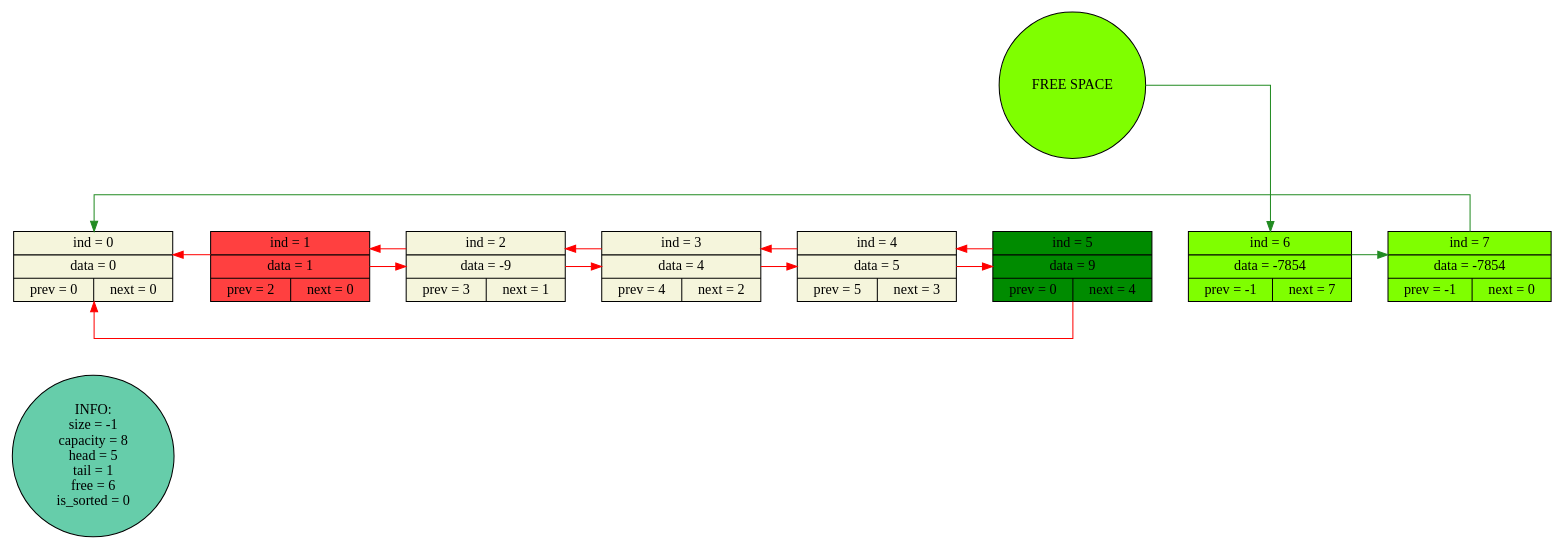
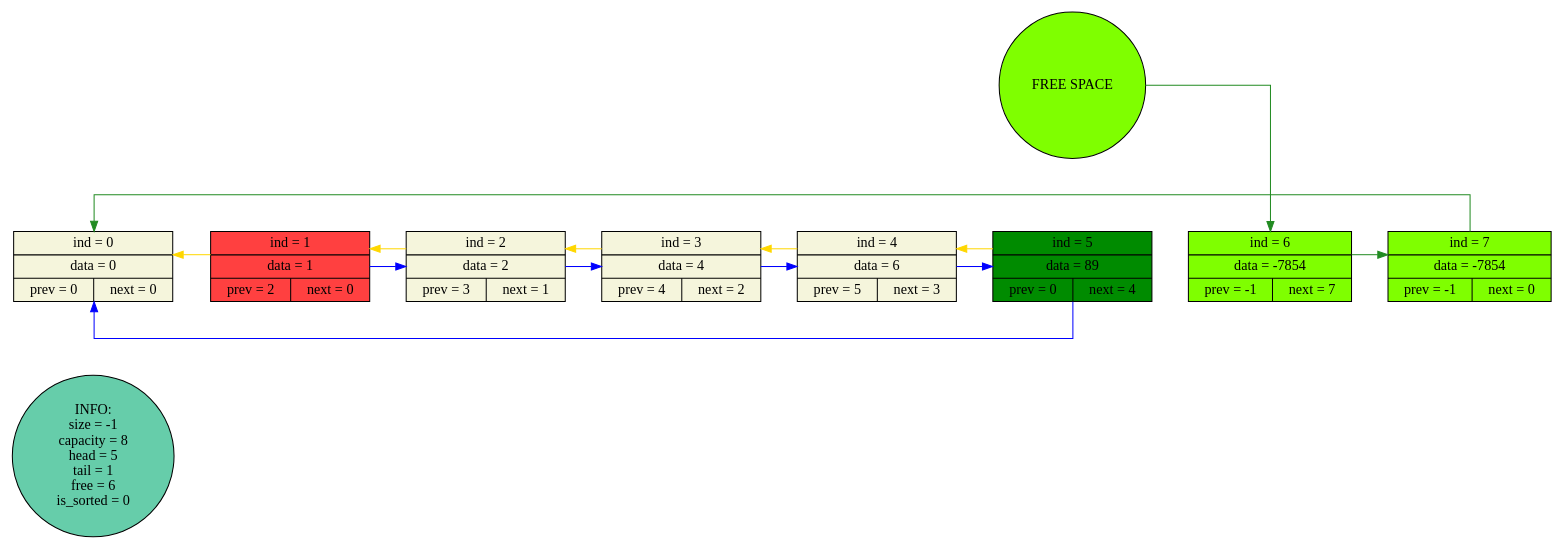
The diagram in dump_doubly_link_list_visual.dot (meteor-a/doublylinked_list), drawn with Graphviz before and after one commit. The commit also changed 16 other files, not shown here.

```diff
--- a/dump_doubly_link_list_visual.dot
+++ b/dump_doubly_link_list_visual.dot
@@ -1,34 +1,34 @@
 digraph G{
    rankdir=LR;
    splines=ortho;
    nodesep=1;
    info_node[shape="circle", style="filled", fillcolor="aquamarine3", label="INFO:\nsize = -1\ncapacity = 8\nhead = 5\ntail = 1\nfree = 6\nis_sorted = 0"];
    free_node[shape="circle", style="filled", fillcolor="chartreuse1", label="FREE SPACE"];
    node_0[shape="record", style="filled", fillcolor="beige", label=" ind = 0 | data = 0 | { prev = 0 | next = 0}"];
    node_1[shape="record", style="filled", fillcolor="brown1", label=" ind = 1 | data = 1 | { prev = 2 | next = 0}"];
-   node_2[shape="record", style="filled", fillcolor="beige", label=" ind = 2 | data = -9 | { prev = 3 | next = 1}"];
+   node_2[shape="record", style="filled", fillcolor="beige", label=" ind = 2 | data = 2 | { prev = 3 | next = 1}"];
    node_3[shape="record", style="filled", fillcolor="beige", label=" ind = 3 | data = 4 | { prev = 4 | next = 2}"];
-   node_4[shape="record", style="filled", fillcolor="beige", label=" ind = 4 | data = 5 | { prev = 5 | next = 3}"];
-   node_5[shape="record", style="filled", fillcolor="green4", label=" ind = 5 | data = 9 | { prev = 0 | next = 4}"];
+   node_4[shape="record", style="filled", fillcolor="beige", label=" ind = 4 | data = 6 | { prev = 5 | next = 3}"];
+   node_5[shape="record", style="filled", fillcolor="green4", label=" ind = 5 | data = 89 | { prev = 0 | next = 4}"];
    node_6[shape="record", style="filled", fillcolor="chartreuse1", label=" ind = 6 | data = -7854 | { prev = -1 | next = 7}"];
    node_7[shape="record", style="filled", fillcolor="chartreuse1", label=" ind = 7 | data = -7854 | { prev = -1 | next = 0}"];
    node_0->node_1[color="black", weight=1000, style="invis"];
    node_1->node_2[color="black", weight=1000, style="invis"];
    node_2->node_3[color="black", weight=1000, style="invis"];
    node_3->node_4[color="black", weight=1000, style="invis"];
    node_4->node_5[color="black", weight=1000, style="invis"];
    node_5->node_6[color="black", weight=1000, style="invis"];
    node_6->node_7[color="black", weight=1000, style="invis"];
-   node_1->node_0[color="red", constraint=false];
-   node_1->node_2[color="red", constraint=false];
-   node_2->node_1[color="red", constraint=false];
-   node_2->node_3[color="red", constraint=false];
-   node_3->node_2[color="red", constraint=false];
-   node_3->node_4[color="red", constraint=false];
-   node_4->node_3[color="red", constraint=false];
-   node_4->node_5[color="red", constraint=false];
-   node_5->node_4[color="red", constraint=false];
-   node_5->node_0[color="red", constraint=false];
+   node_1->node_0[color="gold1", constraint=false];
+   node_1->node_2[color="blue", constraint=false];
+   node_2->node_1[color="gold1", constraint=false];
+   node_2->node_3[color="blue", constraint=false];
+   node_3->node_2[color="gold1", constraint=false];
+   node_3->node_4[color="blue", constraint=false];
+   node_4->node_3[color="gold1", constraint=false];
+   node_4->node_5[color="blue", constraint=false];
+   node_5->node_4[color="gold1", constraint=false];
+   node_5->node_0[color="blue", constraint=false];
    node_6->node_7[color="forestgreen", constraint=false];
    node_7->node_0[color="forestgreen", constraint=false];
    free_node->node_6[color="forestgreen"]}
```
